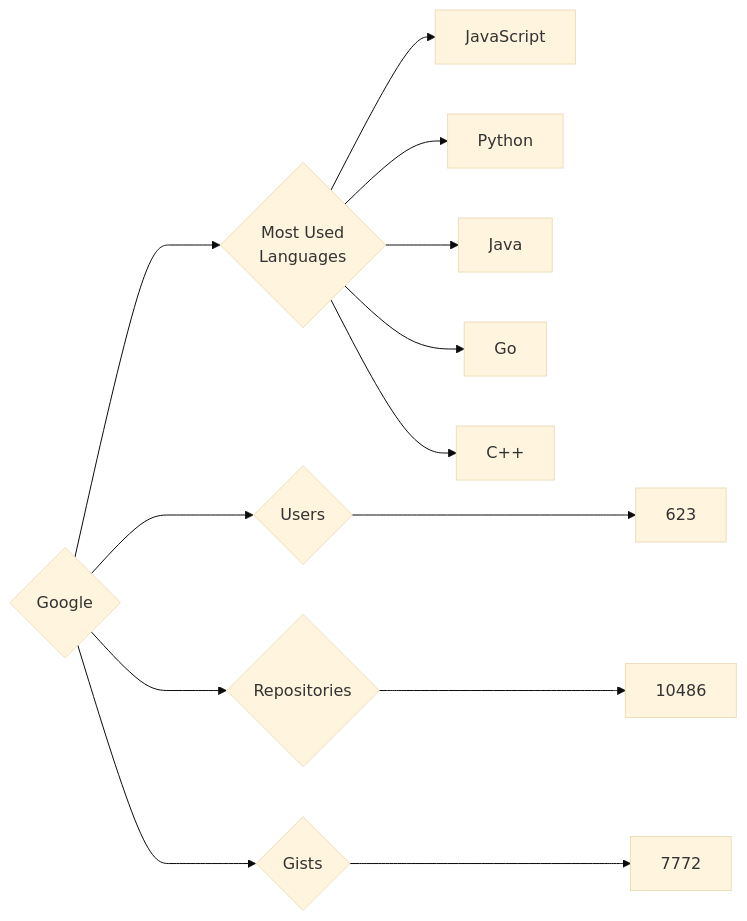
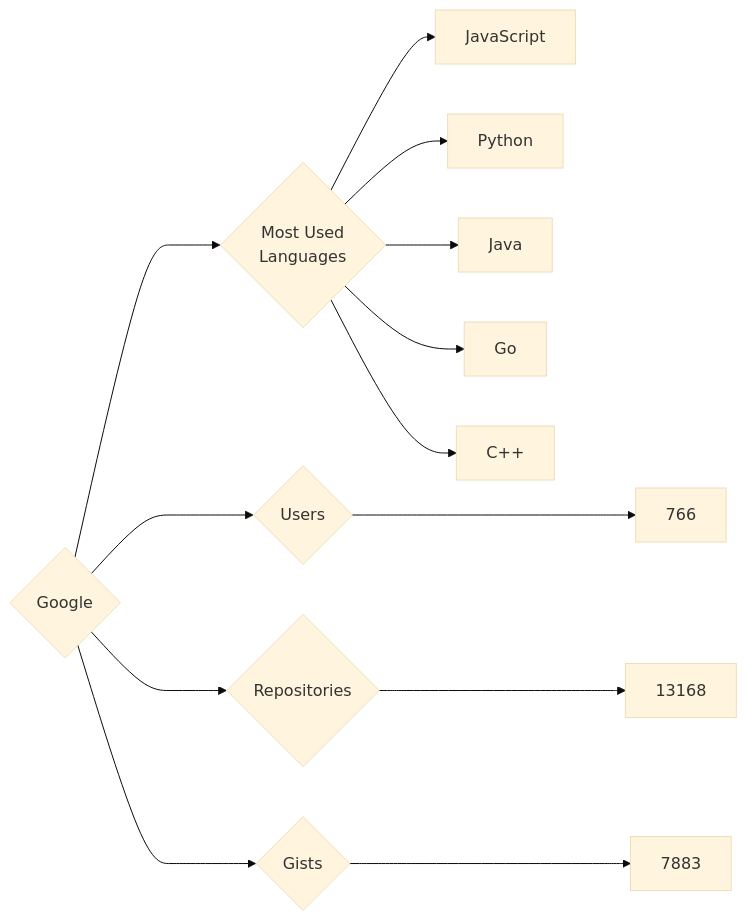
One commit to trickest/insiders changed the diagram in targets/Google/README.md. Above: the diagram before and after it, drawn with Mermaid (base theme). The commit also changed 951 other files, not shown here.

````diff
--- a/targets/Google/README.md
+++ b/targets/Google/README.md
@@ -3,13 +3,13 @@
 ```mermaid
 graph LR
 COMPANY_NAME{Google}
-COMPANY_NAME ---> U{Users} ---> UN[623]
-COMPANY_NAME ---> R{Repositories} ---> RN[10486]
-COMPANY_NAME ---> G{Gists} ---> GN[7772]
+COMPANY_NAME ---> U{Users} ---> UN[766]
+COMPANY_NAME ---> R{Repositories} ---> RN[13168]
+COMPANY_NAME ---> G{Gists} ---> GN[7883]
 COMPANY_NAME ---> ML{Most Used<br>Languages}
-ML --> JavaScript
-ML --> Python
-ML --> Java
-ML --> Go
-ML --> C++
+ML --> JavaScript[JavaScript]
+ML --> Python[Python]
+ML --> Java[Java]
+ML --> Go[Go]
+ML --> C++[C++]
 ```
````
